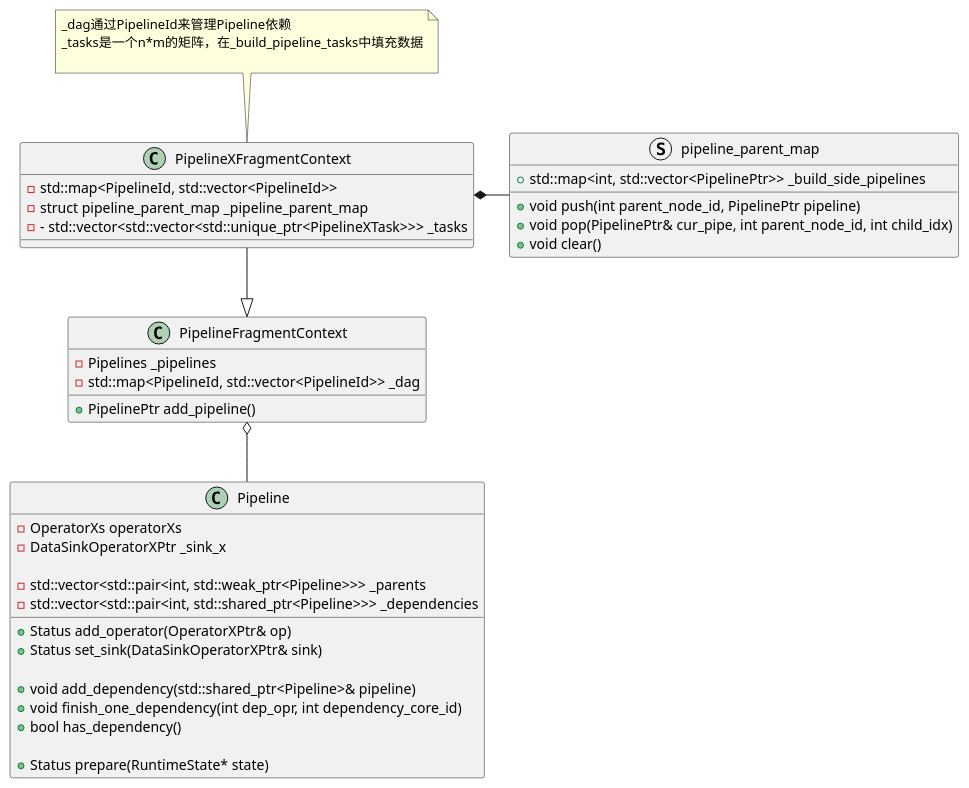
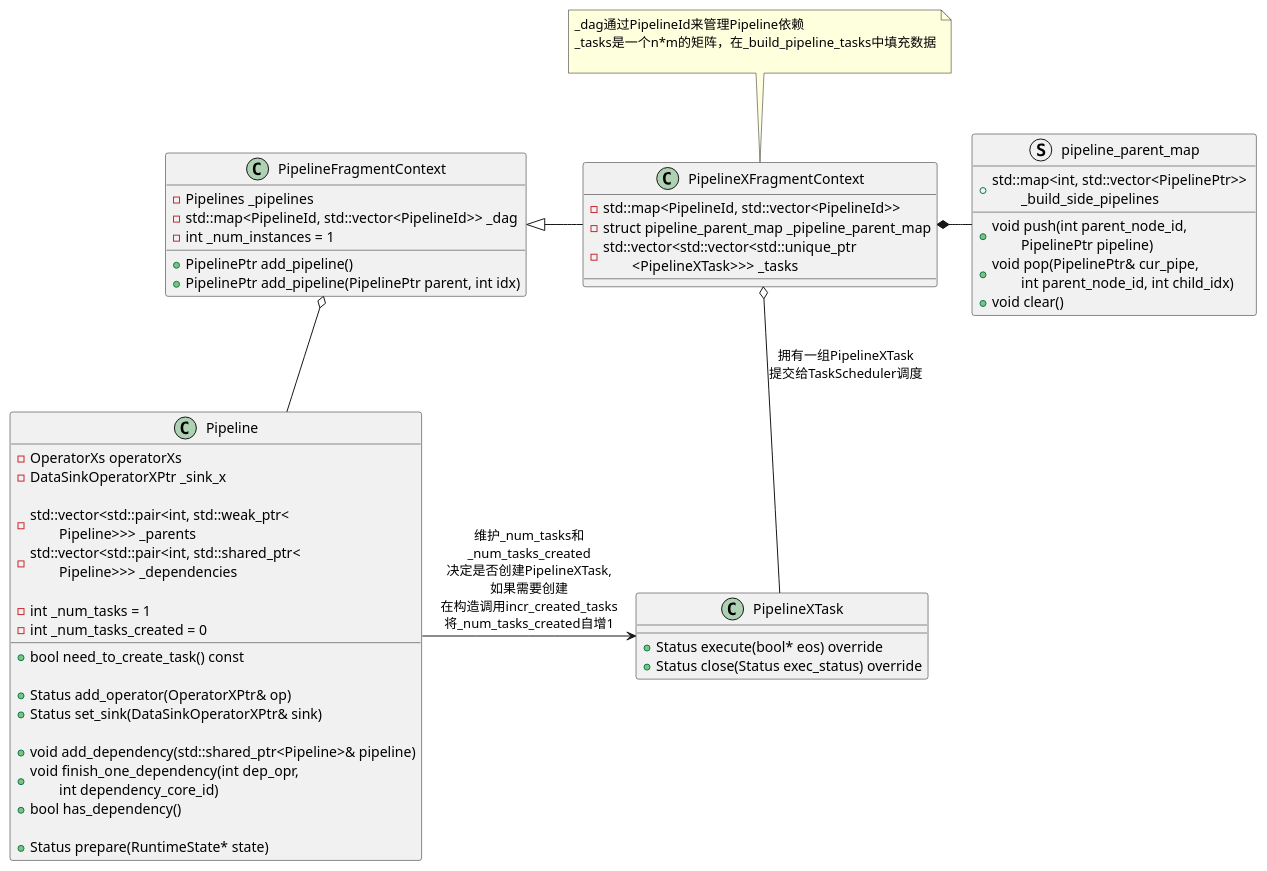
Before and after one commit to DepInjoy/geektime: the second of 4 diagrams in doc/DB/Doris/SourceRead/11_03_Exec_PipelineX.md, drawn with PlantUML. The commit also changed other lines of this file and 2 other files, not shown here.

Commit message:
Doris PipelineX

````diff
--- a/doc/DB/Doris/SourceRead/11_03_Exec_PipelineX.md
+++ b/doc/DB/Doris/SourceRead/11_03_Exec_PipelineX.md
@@ -88,45 +101,61 @@
 ```plantuml
 @startuml
 class PipelineXFragmentContext {
     - std::map<PipelineId, std::vector<PipelineId>> 
     - struct pipeline_parent_map _pipeline_parent_map
-    - - std::vector<std::vector<std::unique_ptr<PipelineXTask>>> _tasks
+    - std::vector<std::vector<std::unique_ptr\n\t<PipelineXTask>>> _tasks
 }
 note top :  _dag通过PipelineId来管理Pipeline依赖\n_tasks是一个n*m的矩阵，在_build_pipeline_tasks中填充数据\n
 
 class PipelineFragmentContext {
     - Pipelines _pipelines
     - std::map<PipelineId, std::vector<PipelineId>> _dag
+    - int _num_instances = 1
 
     + PipelinePtr add_pipeline()
+    + PipelinePtr add_pipeline(PipelinePtr parent, int idx)
 }
 
 struct pipeline_parent_map {
-    + std::map<int, std::vector<PipelinePtr>> _build_side_pipelines
-    + void push(int parent_node_id, PipelinePtr pipeline)
-    + void pop(PipelinePtr& cur_pipe, int parent_node_id, int child_idx)
+    + std::map<int, std::vector<PipelinePtr>> \n\t_build_side_pipelines
+    + void push(int parent_node_id,\n\tPipelinePtr pipeline)
+    + void pop(PipelinePtr& cur_pipe,\n\tint parent_node_id, int child_idx)
     + void clear()
 }
 
+class PipelineXTask {
+    + Status execute(bool* eos) override
+    + Status close(Status exec_status) override
+}
+
 class Pipeline {
+    - OperatorXs operatorXs
+    - DataSinkOperatorXPtr _sink_x
+
+    - std::vector<std::pair<int, std::weak_ptr<\n\tPipeline>>> _parents
+    - std::vector<std::pair<int, std::shared_ptr<\n\tPipeline>>> _dependencies
+
+    - int _num_tasks = 1
+    - int _num_tasks_created = 0
+
+    + bool need_to_create_task() const
+
     + Status add_operator(OperatorXPtr& op)
     + Status set_sink(DataSinkOperatorXPtr& sink)
 
     + void add_dependency(std::shared_ptr<Pipeline>& pipeline)
-    + void finish_one_dependency(int dep_opr, int dependency_core_id)
+    + void finish_one_dependency(int dep_opr,\n\tint dependency_core_id)
     + bool has_dependency()
 
     + Status prepare(RuntimeState* state)
-
-    - OperatorXs operatorXs
-    - DataSinkOperatorXPtr _sink_x
-
-    - std::vector<std::pair<int, std::weak_ptr<Pipeline>>> _parents
-    - std::vector<std::pair<int, std::shared_ptr<Pipeline>>> _dependencies
 }
 
-PipelineXFragmentContext -down-|> PipelineFragmentContext
+PipelineXFragmentContext -left-|> PipelineFragmentContext
+PipelineXTask -up-o PipelineXFragmentContext : 拥有一组PipelineXTask\n提交给TaskScheduler调度
+
 pipeline_parent_map -left-* PipelineXFragmentContext
 Pipeline -up-o PipelineFragmentContext
+
+Pipeline -right--> PipelineXTask : 维护_num_tasks和\n_num_tasks_created\n决定是否创建PipelineXTask,\n如果需要创建\n在构造调用incr_created_tasks\n将_num_tasks_created自增1
 @enduml
 ```
````
